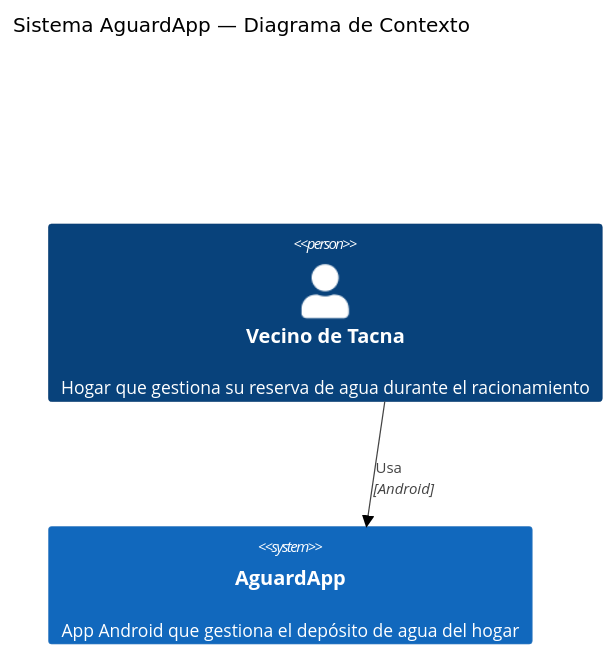
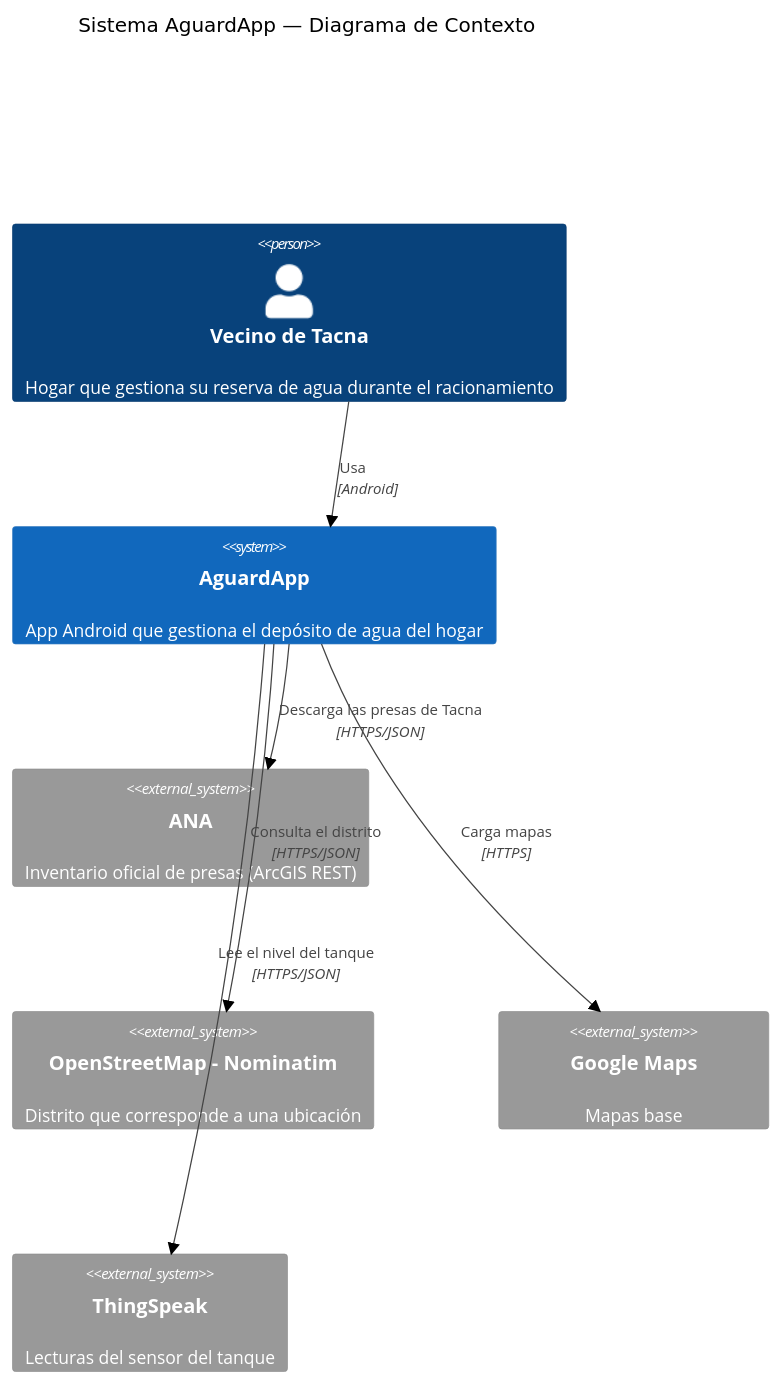
One commit to Cristhian465/Aguarda changed the second of 6 diagrams in Readme.md. Above: the diagram before and after it, drawn with Mermaid (forest theme). The commit also changed other lines of this file and 36 other files, not shown here.

````diff
--- a/Readme.md
+++ b/Readme.md
@@ -181,12 +186,19 @@
 ```mermaid
 C4Context
     title Sistema AguardApp — Diagrama de Contexto
 
     Person(user, "Vecino de Tacna", "Hogar que gestiona su reserva de agua durante el racionamiento")
 
     System(app, "AguardApp", "App Android que gestiona el depósito de agua del hogar")
 
+    System_Ext(ana, "ANA", "Inventario oficial de presas (ArcGIS REST)")
+    System_Ext(osm, "OpenStreetMap - Nominatim", "Distrito que corresponde a una ubicación")
+    System_Ext(gmaps, "Google Maps", "Mapas base")
+    System_Ext(ts, "ThingSpeak", "Lecturas del sensor del tanque")
 
     Rel(user, app, "Usa", "Android")
-
+    Rel(app, ana, "Descarga las presas de Tacna", "HTTPS/JSON")
+    Rel(app, osm, "Consulta el distrito", "HTTPS/JSON")
+    Rel(app, gmaps, "Carga mapas", "HTTPS")
+    Rel(app, ts, "Lee el nivel del tanque", "HTTPS/JSON")
 ```
````
